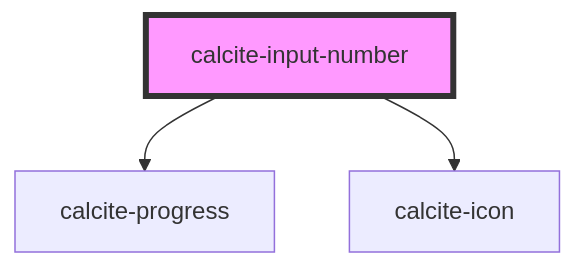
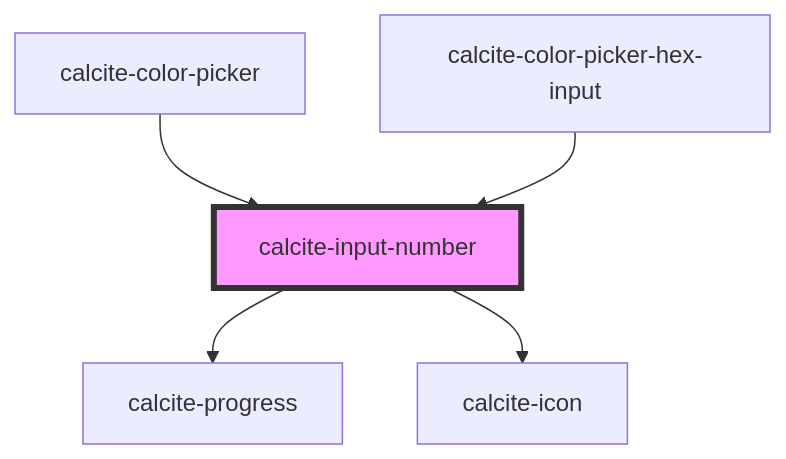
The diagram in packages/calcite-components/src/components/input-number/readme.md (vikivakarvc/calcite-design-system), drawn with Mermaid before and after one commit. The commit also changed other lines of this file and 91 other files, not shown here.

````diff
--- a/packages/calcite-components/src/components/input-number/readme.md
+++ b/packages/calcite-components/src/components/input-number/readme.md
@@ -80,6 +106,8 @@
 ```mermaid
 graph TD;
   calcite-input-number --> calcite-progress
   calcite-input-number --> calcite-icon
+  calcite-color-picker --> calcite-input-number
+  calcite-color-picker-hex-input --> calcite-input-number
   style calcite-input-number fill:#f9f,stroke:#333,stroke-width:4px
 ```
````
